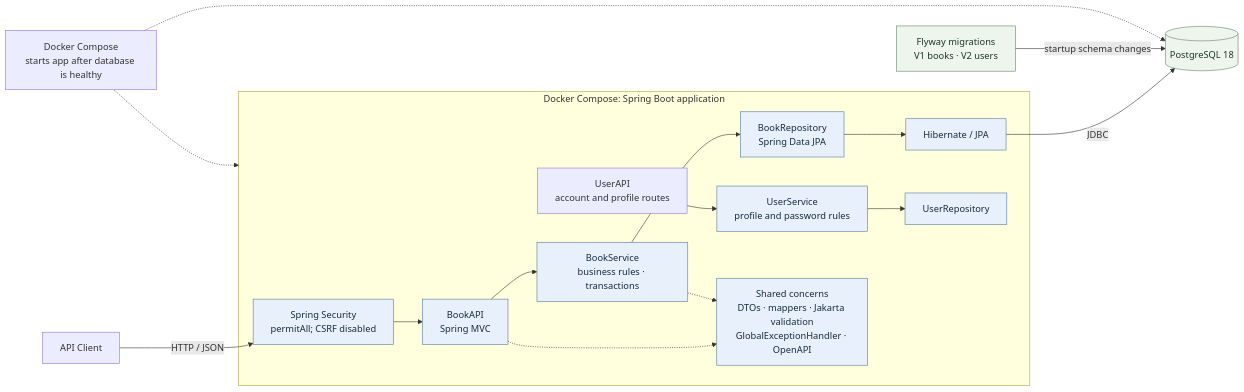
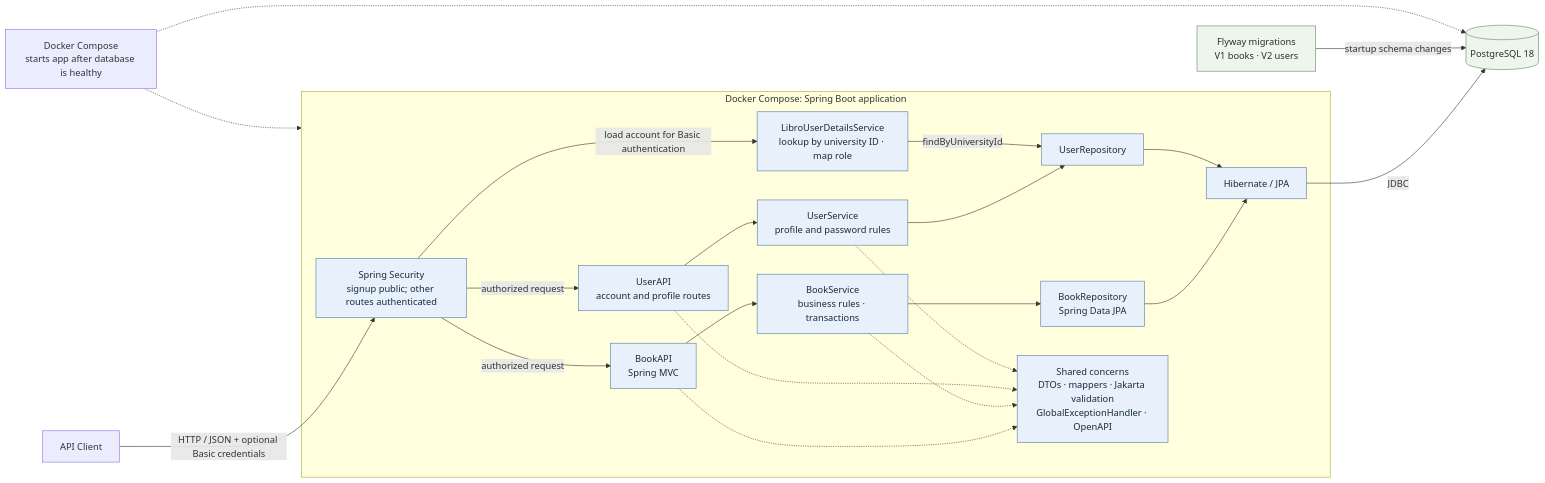
One commit to zqf20096327/dbhub_collect changed the first of 2 diagrams in data/readmes/kyledelfin2006__libro-library-system.md. Above: the diagram before and after it, drawn with Mermaid. The commit also changed other lines of this file and 376 other files, not shown here.

````diff
--- a/data/readmes/kyledelfin2006__libro-library-system.md
+++ b/data/readmes/kyledelfin2006__libro-library-system.md
@@ -73,24 +73,30 @@
 ```mermaid
 flowchart LR
-    Client["API Client"] -->|HTTP / JSON| Security["Spring Security<br/>permitAll; CSRF disabled"]
+    Client["API Client"] -->|HTTP / JSON + optional Basic credentials| Security["Spring Security<br/>signup public; other routes authenticated"]
     subgraph App["Docker Compose: Spring Boot application"]
         API["BookAPI<br/>Spring MVC"] --> Service["BookService<br/>business rules · transactions"]
-        Service --> Repo["BookRepository<br/>Spring Data JPA"]
-        Repo --> ORM["Hibernate / JPA"]
+        Service --> BookRepo["BookRepository<br/>Spring Data JPA"]
+        BookRepo --> ORM["Hibernate / JPA"]
         UserAPI["UserAPI<br/>account and profile routes"] --> User["UserService<br/>profile and password rules"]
         User --> UserRepo["UserRepository"]
+        Security -->|load account for Basic authentication| UserDetails["LibroUserDetailsService<br/>lookup by university ID · map role"]
+        UserDetails -->|findByUniversityId| UserRepo
+        UserRepo --> ORM
         Shared["Shared concerns<br/>DTOs · mappers · Jakarta validation<br/>GlobalExceptionHandler · OpenAPI"]
-        Security --> API
+        Security -->|authorized request| API
+        Security -->|authorized request| UserAPI
         API -.-> Shared
         Service -.-> Shared
+        UserAPI -.-> Shared
+        User -.-> Shared
     end
     ORM -->|JDBC| DB[("PostgreSQL 18")]
     Flyway["Flyway migrations<br/>V1 books · V2 users"] -->|startup schema changes| DB
     Compose["Docker Compose<br/>starts app after database is healthy"] -.-> App
     Compose -.-> DB
 
     classDef service fill:#e8f1fb,stroke:#5078a0,color:#172b3d
     classDef data fill:#edf5ed,stroke:#62836a,color:#203528
-    class API,Service,Repo,ORM,User,UserRepo,Shared,Security service
+    class API,Service,BookRepo,ORM,UserAPI,User,UserRepo,UserDetails,Shared,Security service
     class DB,Flyway data
 ```
````
